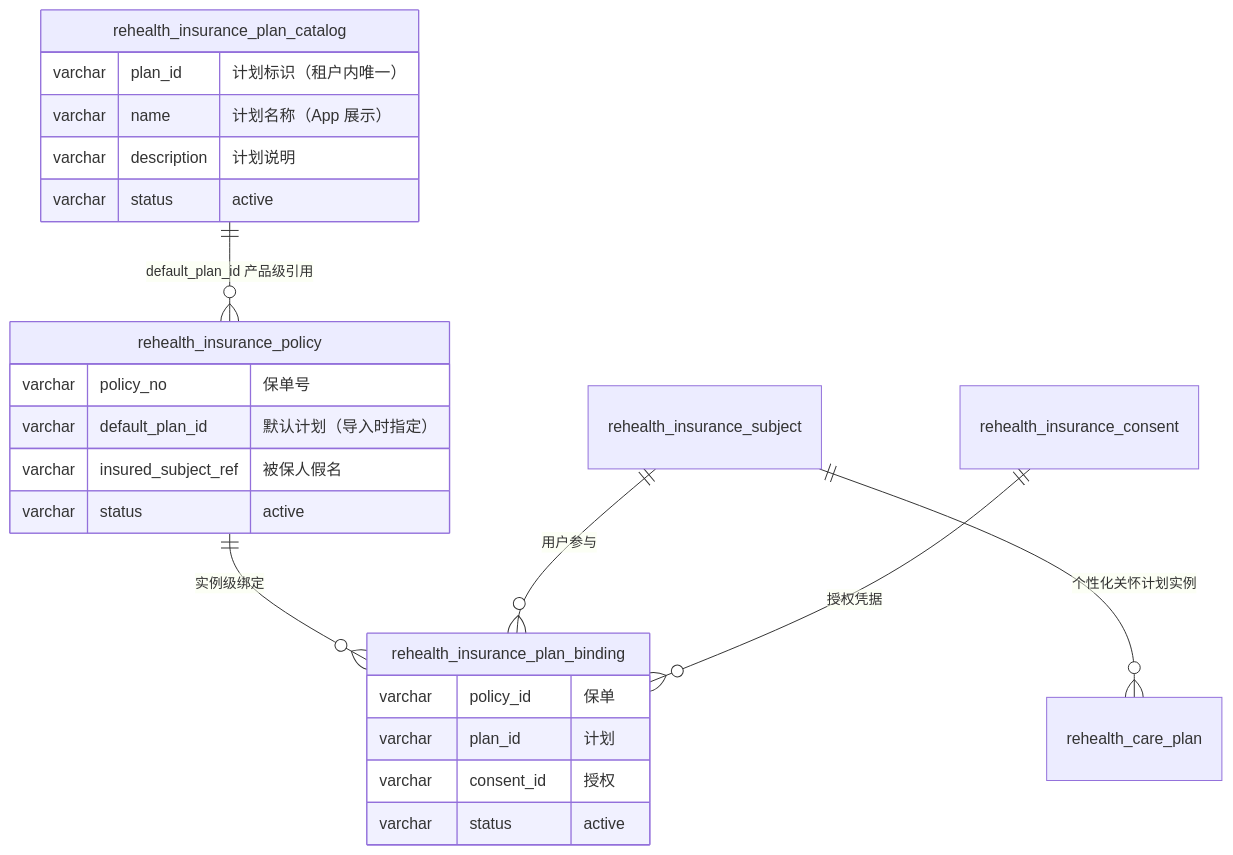
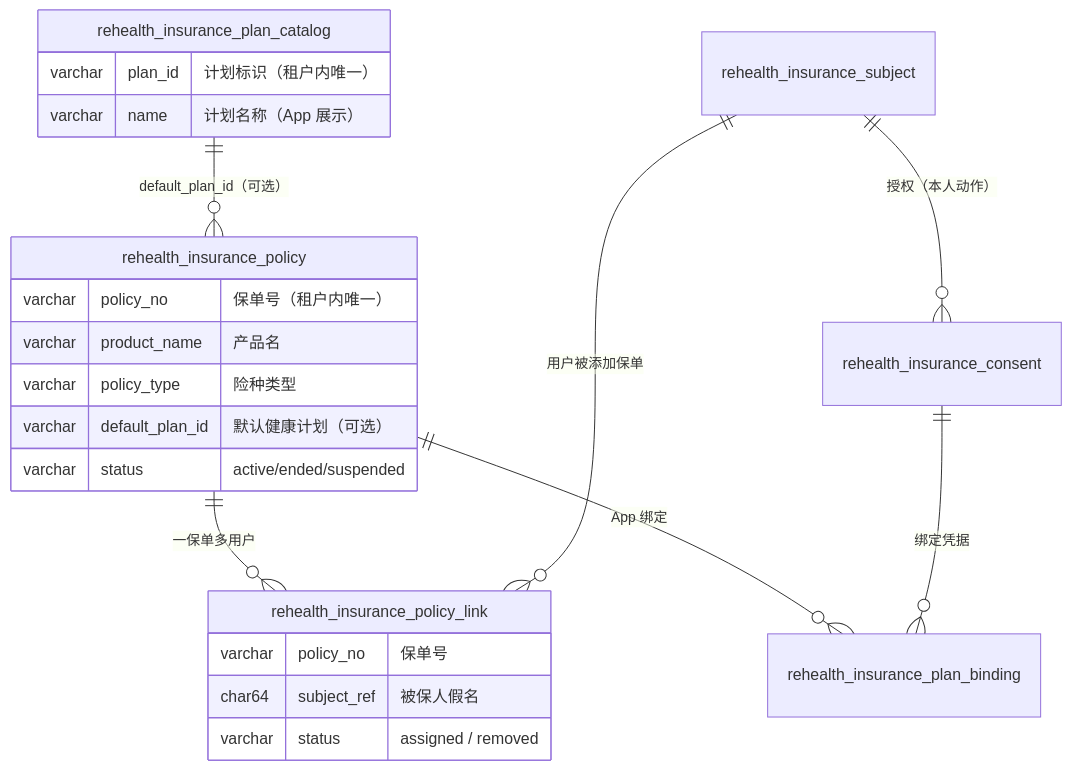
One commit to wjmlong/rehealth_tongbu changed the first of 5 diagrams in docs/保险侧保单与计划管理.md. Above: the diagram before and after it, drawn with Mermaid. The commit also changed other lines of this file and 4 other files, not shown here.

````diff
--- a/docs/保险侧保单与计划管理.md
+++ b/docs/保险侧保单与计划管理.md
@@ -258,27 +10,26 @@
 ```mermaid
 erDiagram
-    rehealth_insurance_plan_catalog ||--o{ rehealth_insurance_policy : "default_plan_id 产品级引用"
-    rehealth_insurance_policy ||--o{ rehealth_insurance_plan_binding : "实例级绑定"
-    rehealth_insurance_subject ||--o{ rehealth_insurance_plan_binding : "用户参与"
-    rehealth_insurance_consent ||--o{ rehealth_insurance_plan_binding : "授权凭据"
-    rehealth_insurance_subject ||--o{ rehealth_care_plan : "个性化关怀计划实例"
+    rehealth_insurance_plan_catalog ||--o{ rehealth_insurance_policy : "default_plan_id（可选）"
+    rehealth_insurance_policy ||--o{ rehealth_insurance_policy_link : "一保单多用户"
+    rehealth_insurance_subject ||--o{ rehealth_insurance_policy_link : "用户被添加保单"
+    rehealth_insurance_policy ||--o{ rehealth_insurance_plan_binding : "App 绑定"
+    rehealth_insurance_subject ||--o{ rehealth_insurance_consent : "授权（本人动作）"
+    rehealth_insurance_consent ||--o{ rehealth_insurance_plan_binding : "绑定凭据"
 
+    rehealth_insurance_policy {
+        varchar policy_no "保单号（租户内唯一）"
+        varchar product_name "产品名"
+        varchar policy_type "险种类型"
+        varchar default_plan_id "默认健康计划（可选）"
+        varchar status "active/ended/suspended"
+    }
+    rehealth_insurance_policy_link {
+        varchar policy_no "保单号"
+        char64 subject_ref "被保人假名"
+        varchar status "assigned / removed"
+    }
     rehealth_insurance_plan_catalog {
         varchar plan_id "计划标识（租户内唯一）"
         varchar name "计划名称（App 展示）"
-        varchar description "计划说明"
-        varchar status "active"
-    }
-    rehealth_insurance_policy {
-        varchar policy_no "保单号"
-        varchar default_plan_id "默认计划（导入时指定）"
-        varchar insured_subject_ref "被保人假名"
-        varchar status "active"
-    }
-    rehealth_insurance_plan_binding {
-        varchar policy_id "保单"
-        varchar plan_id "计划"
-        varchar consent_id "授权"
-        varchar status "active"
     }
 ```
````
